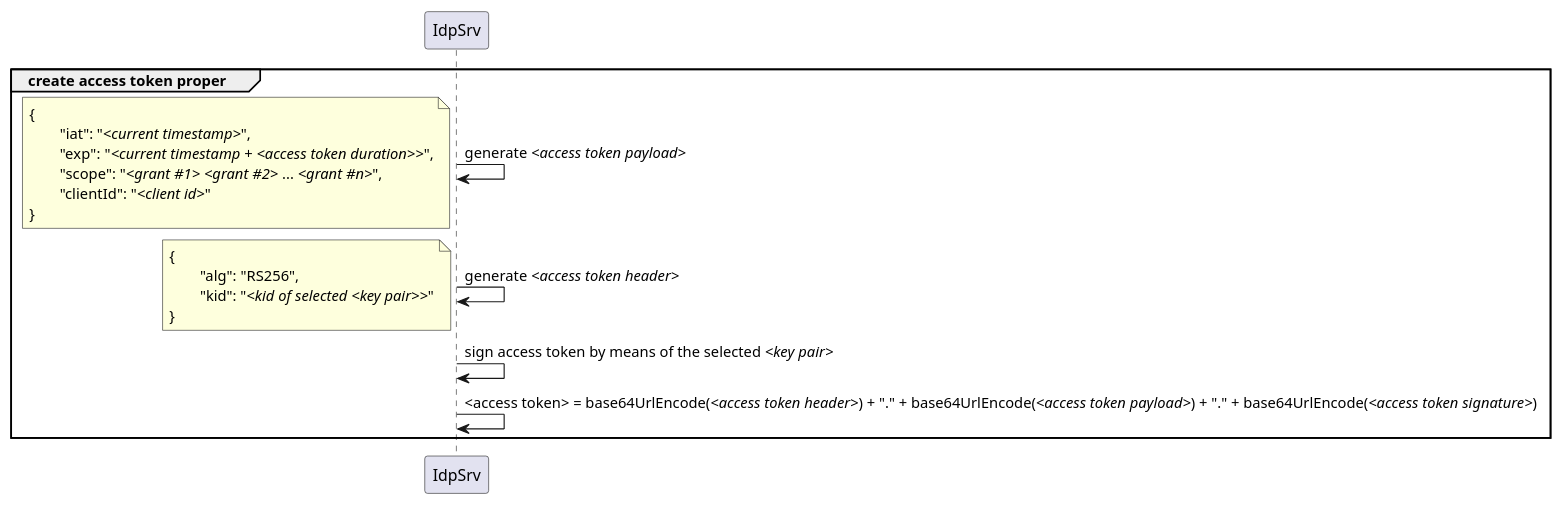
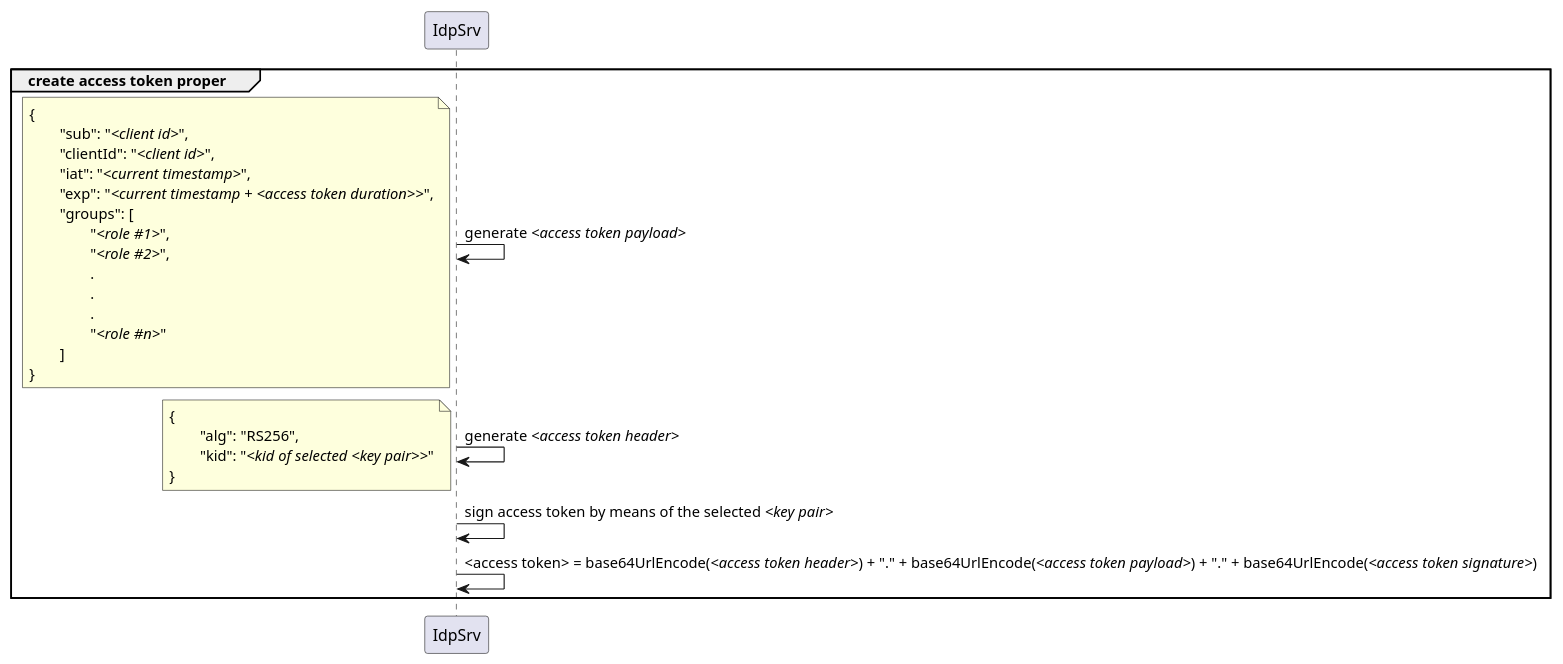
The diagram in sequence_diags/auth/other_server_app/create_access_token_proper.puml (pagopa/mil-diags), drawn with PlantUML before and after one commit. The commit also changed 16 other files, not shown here.

```diff
--- a/sequence_diags/auth/other_server_app/create_access_token_proper.puml
+++ b/sequence_diags/auth/other_server_app/create_access_token_proper.puml
@@ -1,28 +1,36 @@
 @startuml
 group create access token proper
 	IdpSrv -> IdpSrv : generate //<access token payload>//
 		note left
 			{
+				"sub": "//<client id>//",
+				"clientId": "//<client id>//",
 				"iat": "//<current timestamp>//",
 				"exp": "//<current timestamp + <access token duration>>//",
-				"scope": "//<grant #1>// //<grant #2>// ... //<grant #n>//",
-				"clientId": "//<client id>//"
+				"groups": [
+					"//<role #1>//",
+					"//<role #2>//",
+					.
+					.
+					.
+					"//<role #n>//"
+				]
 			}
 		end note
 
 
 	IdpSrv -> IdpSrv : generate //<access token header>//
 		note left
 			{
 				"alg": "RS256",
 				"kid": "//<kid of selected <key pair>>//"
 			}
 		end note
 
 
 	IdpSrv -> IdpSrv : sign access token by means of the selected //<key pair>//
 
 
 	IdpSrv -> IdpSrv : <access token> = base64UrlEncode(//<access token header>//) + "." + base64UrlEncode(//<access token payload>//) + "." + base64UrlEncode(//<access token signature>//)
 end
 @enduml
```
